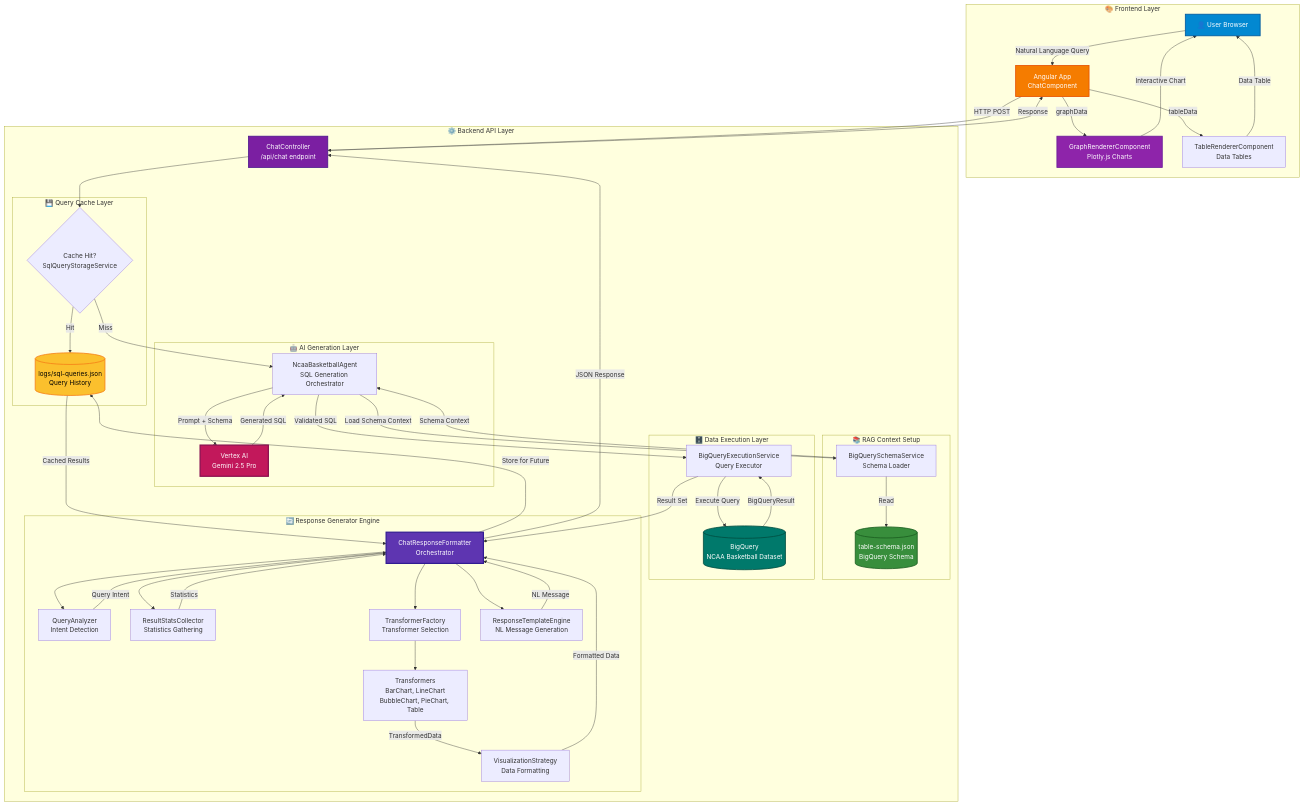
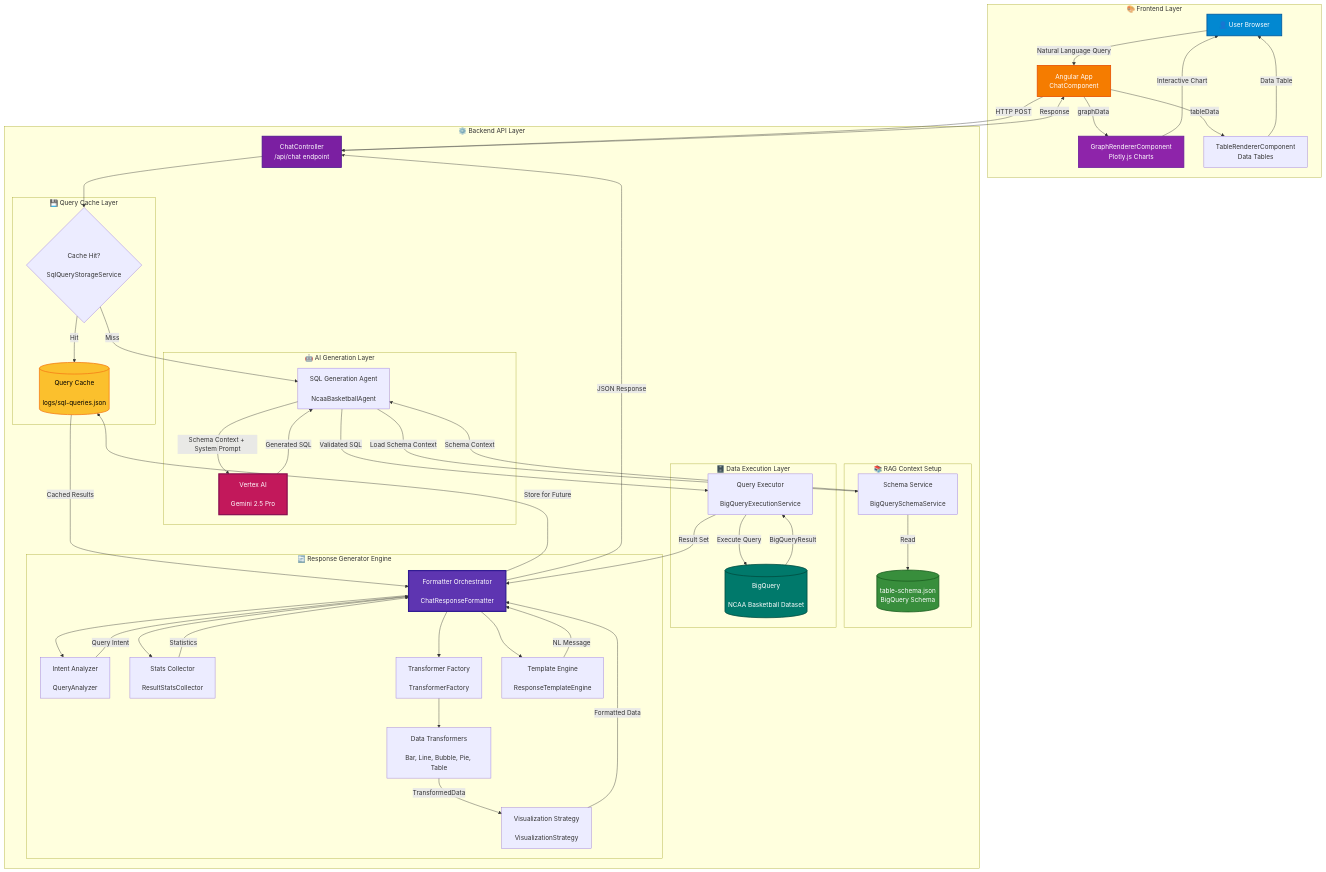
One commit to build-bros/.github changed the second of 2 diagrams in profile/README.md. Above: the diagram before and after it, drawn with Mermaid. The commit also changed other lines of this file, not shown here.

Commit message:
Enhance system architecture diagrams in README.md for clarity and consistency by adding spacing and improving label descriptions.

```diff
--- a/profile/README.md
+++ b/profile/README.md
@@ -113,32 +113,32 @@
         
         subgraph RAG["📚 RAG Context Setup"]
             SchemaFile[("table-schema.json<br/>BigQuery Schema")]
-            SchemaService["BigQuerySchemaService<br/>Schema Loader"]
+            SchemaService["Schema Service<br/><br/>BigQuerySchemaService"]
         end
         
         subgraph Cache["💾 Query Cache Layer"]
-            CacheCheck{"Cache Hit?<br/>SqlQueryStorageService"}
-            CacheStorage[("logs/sql-queries.json<br/>Query History")]
+            CacheCheck{"Cache Hit?<br/><br/>SqlQueryStorageService"}
+            CacheStorage[("Query Cache<br/><br/>logs/sql-queries.json")]
         end
         
         subgraph AILayer["🤖 AI Generation Layer"]
-            Agent["NcaaBasketballAgent<br/>SQL Generation Orchestrator"]
-            VertexAI["Vertex AI<br/>Gemini 2.5 Pro"]
+            Agent["SQL Generation Agent<br/><br/>NcaaBasketballAgent"]
+            VertexAI["Vertex AI<br/><br/>Gemini 2.5 Pro"]
         end
         
         subgraph DataLayer["🗄️ Data Execution Layer"]
-            BQService["BigQueryExecutionService<br/>Query Executor"]
-            BigQuery[("BigQuery<br/>NCAA Basketball Dataset")]
+            BQService["Query Executor<br/><br/>BigQueryExecutionService"]
+            BigQuery[("BigQuery<br/><br/>NCAA Basketball Dataset")]
         end
         
         subgraph ResponseEngine["🔄 Response Generator Engine"]
-            Formatter["ChatResponseFormatter<br/>Orchestrator"]
-            Analyzer["QueryAnalyzer<br/>Intent Detection"]
-            StatsCollector["ResultStatsCollector<br/>Statistics Gathering"]
-            TransformerFactory["TransformerFactory<br/>Transformer Selection"]
-            Transformers["Transformers<br/>BarChart, LineChart<br/>BubbleChart, PieChart, Table"]
-            VizStrategy["VisualizationStrategy<br/>Data Formatting"]
-            TemplateEngine["ResponseTemplateEngine<br/>NL Message Generation"]
+            Formatter["Formatter Orchestrator<br/><br/>ChatResponseFormatter"]
+            Analyzer["Intent Analyzer<br/><br/>QueryAnalyzer"]
+            StatsCollector["Stats Collector<br/><br/>ResultStatsCollector"]
+            TransformerFactory["Transformer Factory<br/><br/>TransformerFactory"]
+            Transformers["Data Transformers<br/><br/>Bar, Line, Bubble, Pie, Table"]
+            VizStrategy["Visualization Strategy<br/><br/>VisualizationStrategy"]
+            TemplateEngine["Template Engine<br/><br/>ResponseTemplateEngine"]
         end
     end
 
@@ -153,7 +153,7 @@
     Agent -->|"Load Schema Context"| SchemaService
     SchemaService -->|"Read"| SchemaFile
     SchemaService -->|"Schema Context"| Agent
-    Agent -->|"Prompt + Schema"| VertexAI
+    Agent -->|"Schema Context + System Prompt"| VertexAI
     VertexAI -->|"Generated SQL"| Agent
     Agent -->|"Validated SQL"| BQService
     
```
